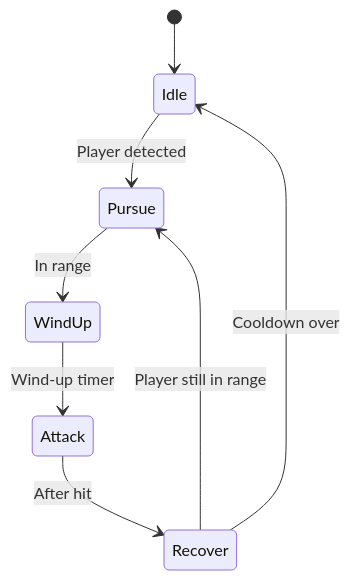
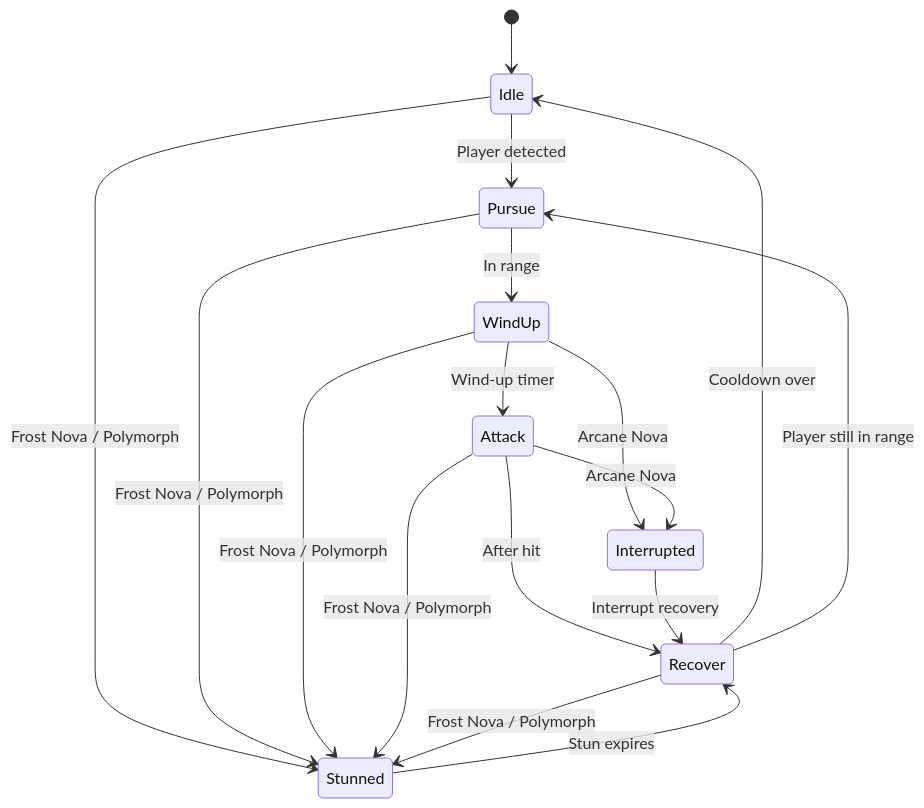
The diagram in docs/enemy-fsm.md (ibNez/Arcane-Realms), drawn with Mermaid before and after one commit. The commit also changed other lines of this file, not shown here.

Commit message:
Document stun and interrupt states in enemy FSM

````diff
--- a/docs/enemy-fsm.md
+++ b/docs/enemy-fsm.md
@@ -4,10 +4,19 @@
 ```mermaid
 stateDiagram-v2
     [*] --> Idle
     Idle --> Pursue: Player detected
     Pursue --> WindUp: In range
     WindUp --> Attack: Wind-up timer
     Attack --> Recover: After hit
     Recover --> Idle: Cooldown over
     Recover --> Pursue: Player still in range
+    WindUp --> Interrupted: Arcane Nova
+    Attack --> Interrupted: Arcane Nova
+    Interrupted --> Recover: Interrupt recovery
+    Idle --> Stunned: Frost Nova / Polymorph
+    Pursue --> Stunned: Frost Nova / Polymorph
+    WindUp --> Stunned: Frost Nova / Polymorph
+    Attack --> Stunned: Frost Nova / Polymorph
+    Recover --> Stunned: Frost Nova / Polymorph
+    Stunned --> Recover: Stun expires
 ```
````
